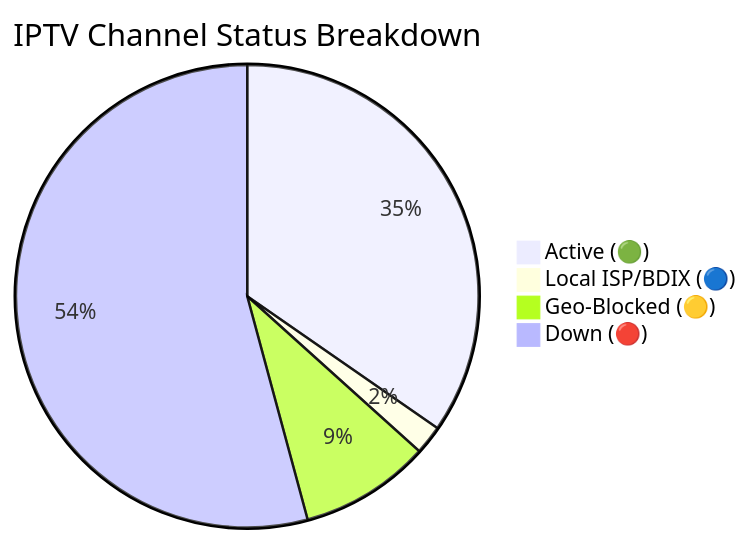
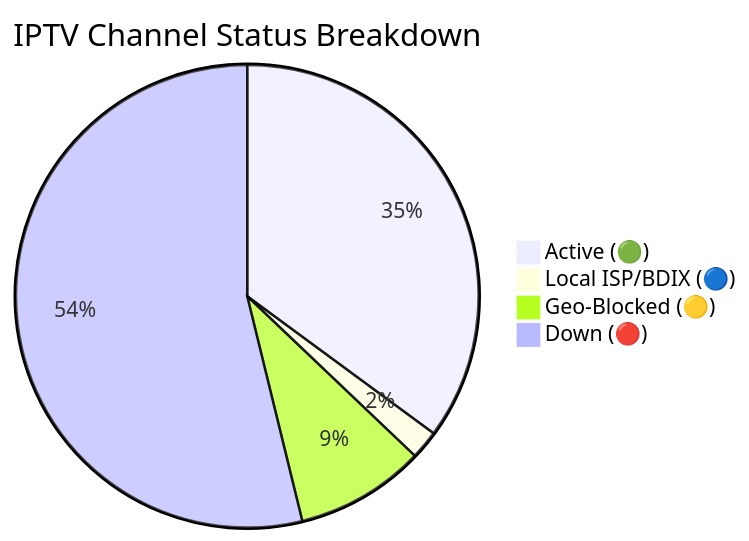
The diagram in README.md (andreataylord/Ip-tv-Collection), drawn with Mermaid before and after one commit. The commit also changed other lines of this file and 1 other file, not shown here.

Commit message:
docs(readme): auto-update daily channel status chart

````diff
--- a/README.md
+++ b/README.md
@@ -59,7 +59,7 @@
 ```mermaid
 pie title IPTV Channel Status Breakdown
-    "Active (🟢)" : 2202
+    "Active (🟢)" : 2230
     "Local ISP/BDIX (🔵)" : 128
-    "Geo-Blocked (🟡)" : 580
-    "Down (🔴)" : 3444
+    "Geo-Blocked (🟡)" : 576
+    "Down (🔴)" : 3420
 ```
````
